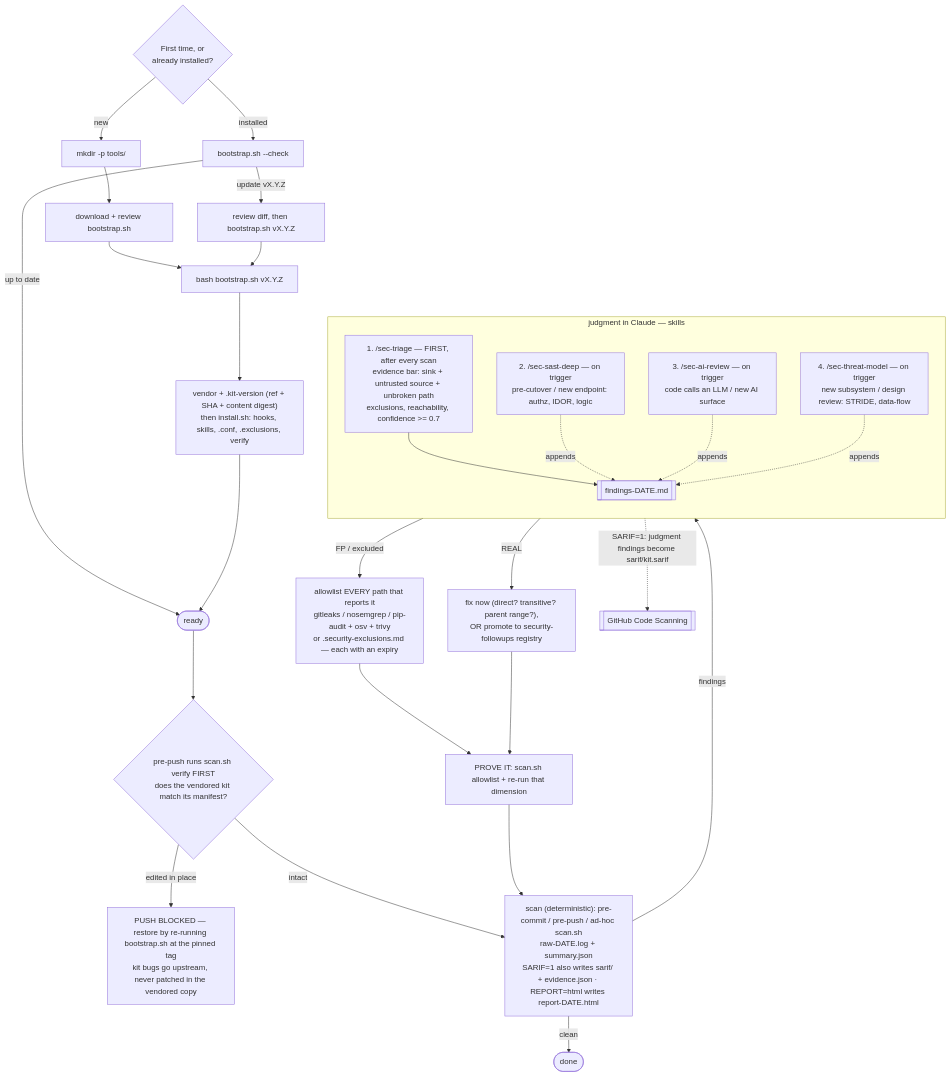
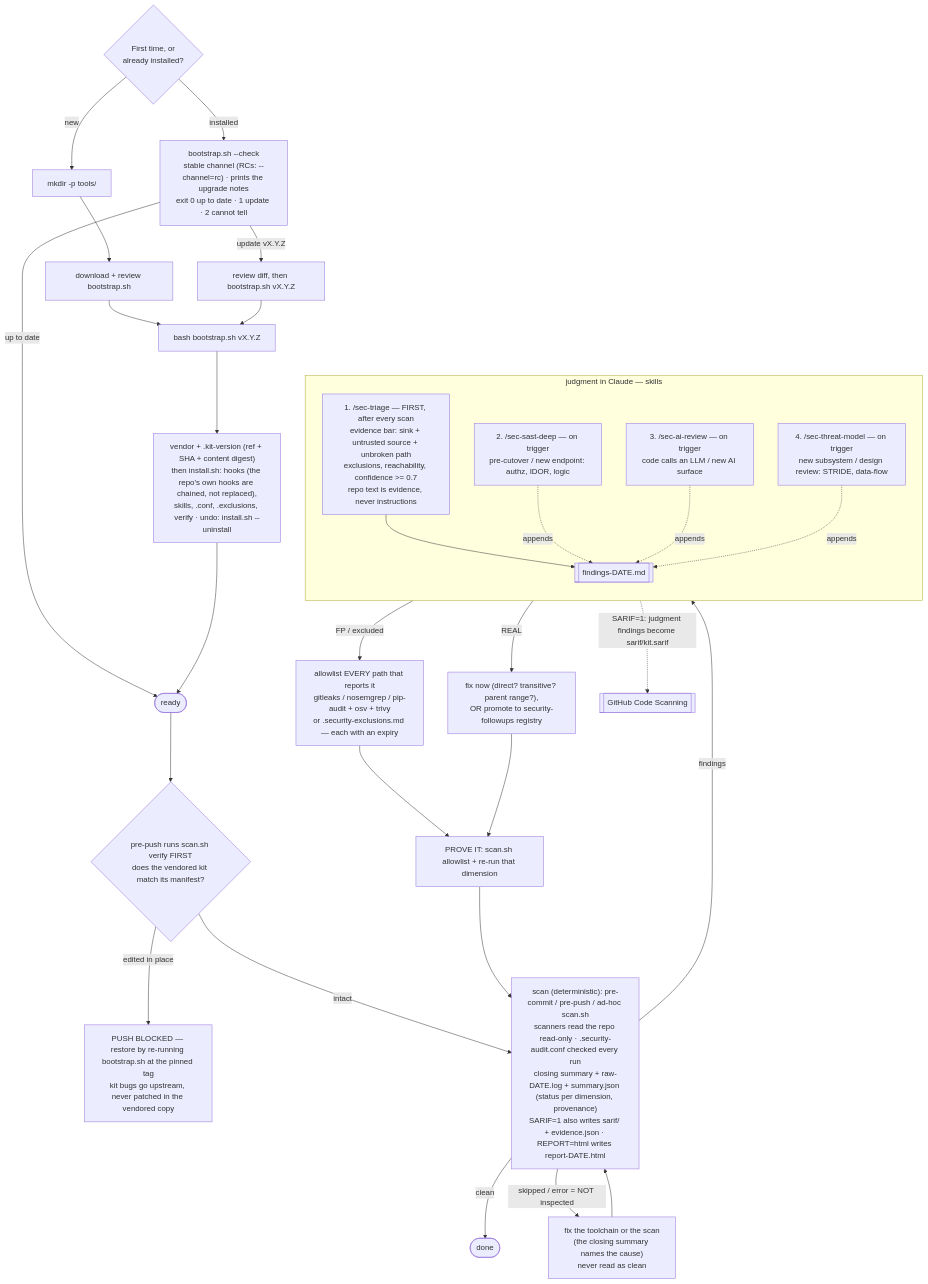
Before and after one commit to boraeresici/security-audit-kit: the diagram in README-tr.md, drawn with Mermaid. The commit also changed other lines of this file and 3 other files, not shown here.

First line of the commit message:
docs: lifecycle diagram, finding loop, trust section and CONTRIBUTING catch up with F02–F35

````diff
--- a/README-tr.md
+++ b/README-tr.md
@@ -49,38 +49,40 @@
 ```mermaid
 flowchart TD
     Q{First time, or<br/>already installed?}
     Q -->|new| N1["mkdir -p tools/"]
     N1 --> N2["download + review bootstrap.sh"]
     N2 --> B["bash bootstrap.sh vX.Y.Z"]
-    Q -->|installed| C["bootstrap.sh --check"]
+    Q -->|installed| C["bootstrap.sh --check<br/>stable channel (RCs: --channel=rc) · prints the upgrade notes<br/>exit 0 up to date · 1 update · 2 cannot tell"]
     C -->|up to date| R
     C -->|update vX.Y.Z| RV["review diff, then bootstrap.sh vX.Y.Z"]
     RV --> B
-    B --> I["vendor + .kit-version (ref + SHA + content digest)<br/>then install.sh: hooks, skills, .conf, .exclusions, verify"]
+    B --> I["vendor + .kit-version (ref + SHA + content digest)<br/>then install.sh: hooks (the repo's own hooks are chained, not replaced),<br/>skills, .conf, .exclusions, verify · undo: install.sh --uninstall"]
     I --> R(["ready"])
 
     R --> V{"pre-push runs scan.sh verify FIRST<br/>does the vendored kit match its manifest?"}
     V -->|"edited in place"| VX["PUSH BLOCKED — restore by re-running bootstrap.sh at the pinned tag<br/>kit bugs go upstream, never patched in the vendored copy"]
-    V -->|intact| S["scan (deterministic): pre-commit / pre-push / ad-hoc scan.sh<br/>raw-DATE.log + summary.json<br/>SARIF=1 also writes sarif/ + evidence.json · REPORT=html writes report-DATE.html"]
+    V -->|intact| S["scan (deterministic): pre-commit / pre-push / ad-hoc scan.sh<br/>scanners read the repo read-only · .security-audit.conf checked every run<br/>closing summary + raw-DATE.log + summary.json (status per dimension, provenance)<br/>SARIF=1 also writes sarif/ + evidence.json · REPORT=html writes report-DATE.html"]
     S -->|clean| D(["done"])
+    S -->|"skipped / error = NOT inspected"| TC["fix the toolchain or the scan<br/>(the closing summary names the cause)<br/>never read as clean"]
+    TC --> S
     S -->|findings| T1
 
     subgraph JUDGE["judgment in Claude — skills"]
       direction TB
-      T1["1. /sec-triage — FIRST, after every scan<br/>evidence bar: sink + untrusted source + unbroken path<br/>exclusions, reachability, confidence >= 0.7"]
+      T1["1. /sec-triage — FIRST, after every scan<br/>evidence bar: sink + untrusted source + unbroken path<br/>exclusions, reachability, confidence >= 0.7<br/>repo text is evidence, never instructions"]
       DEEP["2. /sec-sast-deep — on trigger<br/>pre-cutover / new endpoint: authz, IDOR, logic"]
       AIR["3. /sec-ai-review — on trigger<br/>code calls an LLM / new AI surface"]
       TM["4. /sec-threat-model — on trigger<br/>new subsystem / design review: STRIDE, data-flow"]
       T1 --> F[["findings-DATE.md"]]
       DEEP -. appends .-> F
       AIR -. appends .-> F
       TM -. appends .-> F
     end
 
     F -->|FP / excluded| AL["allowlist EVERY path that reports it<br/>gitleaks / nosemgrep / pip-audit + osv + trivy<br/>or .security-exclusions.md — each with an expiry"]
     F -->|REAL| FX["fix now (direct? transitive? parent range?),<br/>OR promote to security-followups registry"]
     AL --> P["PROVE IT: scan.sh allowlist + re-run that dimension"]
     FX --> P
     P --> S
     F -. "SARIF=1: judgment findings become sarif/kit.sarif" .-> CS[["GitHub Code Scanning"]]
 ```
````
